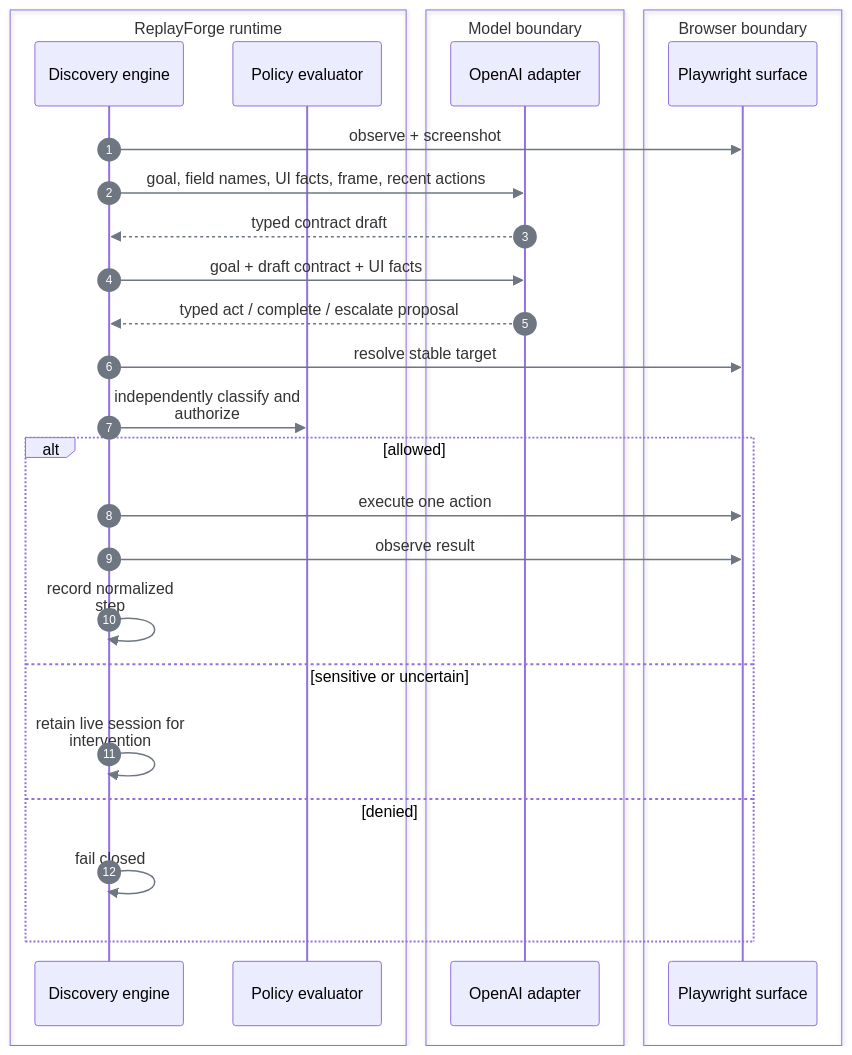
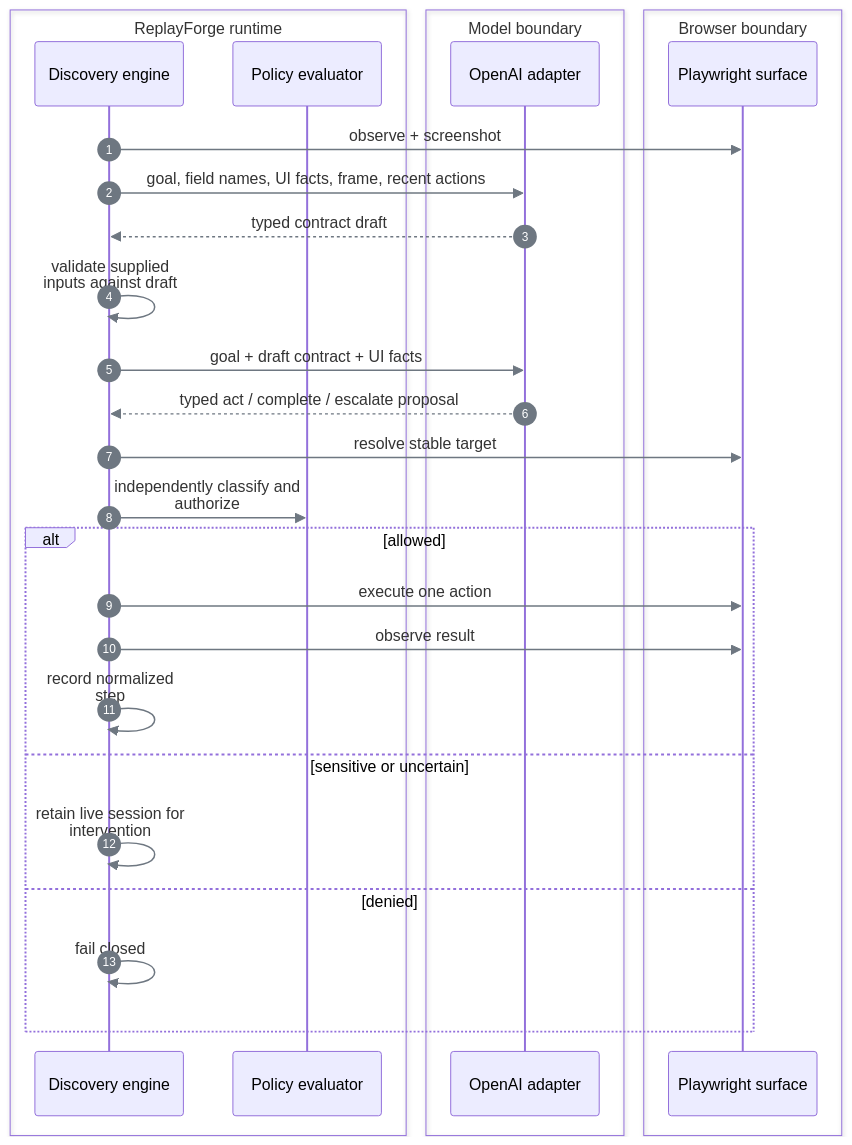
One commit to SivaTSS/replay-forge changed the diagram in docs/discovery.md. Above: the diagram before and after it, drawn with Mermaid. The commit also changed other lines of this file and 2 other files, not shown here.

Commit message:
fix(discovery): validate planned inputs and enforce bound field policy

````diff
--- a/docs/discovery.md
+++ b/docs/discovery.md
@@ -22,31 +22,32 @@
 ```mermaid
 %%{init: {"htmlLabels":false,"themeVariables":{"lineColor":"#6E7781","signalColor":"#6E7781"},"flowchart":{"curve":"linear"},"sequence":{"wrap":true}}}%%
 sequenceDiagram
     autonumber
     box ReplayForge runtime
         participant E as Discovery engine
         participant P as Policy evaluator
     end
     box Model boundary
         participant M as OpenAI adapter
     end
     box Browser boundary
         participant S as Playwright surface
     end
     E->>S: observe + screenshot
     E->>M: goal, field names, UI facts, frame, recent actions
     M-->>E: typed contract draft
+    E->>E: validate supplied inputs against draft
     E->>M: goal + draft contract + UI facts
     M-->>E: typed act / complete / escalate proposal
     E->>S: resolve stable target
     E->>P: independently classify and authorize
     alt allowed
         E->>S: execute one action
         E->>S: observe result
         E->>E: record normalized step
     else sensitive or uncertain
         E->>E: retain live session for intervention
     else denied
         E->>E: fail closed
     end
 ```
````
